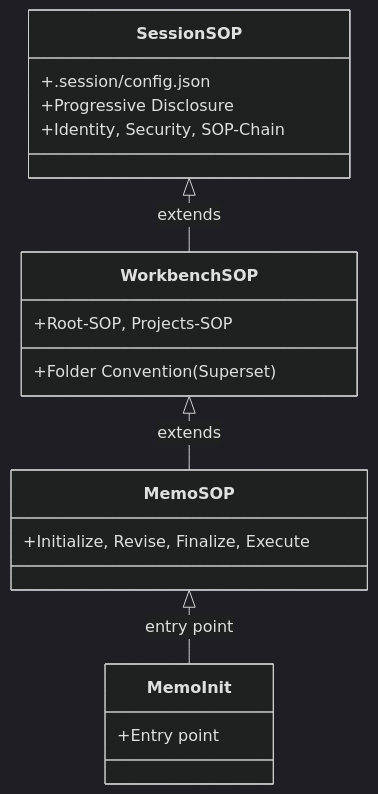
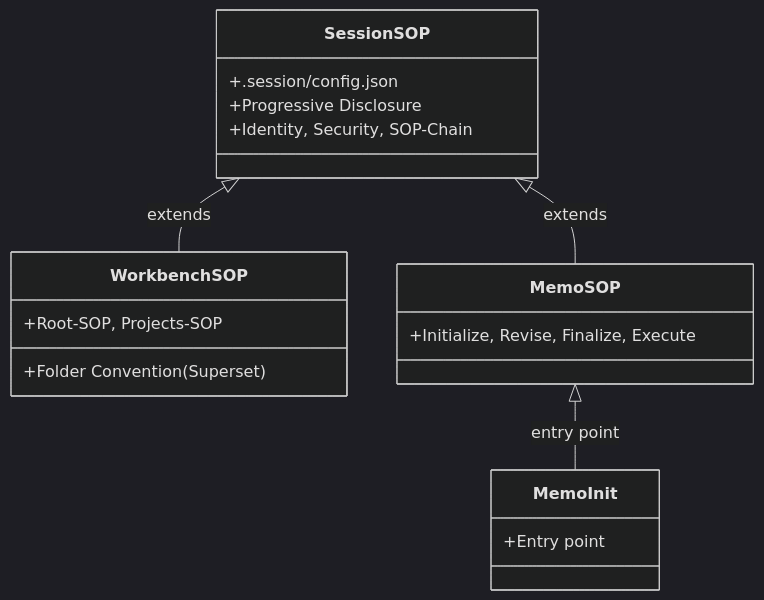
One commit to Memo-Init/spec changed the diagram in dist/session/0.1.0/spec/00-overview.md. Above: the diagram before and after it, drawn with Mermaid (dark theme). The commit also changed other lines of this file and 100 other files, not shown here.

````diff
--- a/dist/session/0.1.0/spec/00-overview.md
+++ b/dist/session/0.1.0/spec/00-overview.md
@@ -39,21 +41,21 @@
 ```mermaid
 classDiagram
     class SessionSOP {
         +.session/config.json
         +Progressive Disclosure
         +Identity, Security, SOP-Chain
     }
     class WorkbenchSOP {
         +Folder Convention (Superset)
         +Root-SOP, Projects-SOP
     }
     class MemoSOP {
         +Initialize, Revise, Finalize, Execute
     }
     class MemoInit {
         +Entry point
     }
     SessionSOP <|-- WorkbenchSOP : extends
-    WorkbenchSOP <|-- MemoSOP : extends
+    SessionSOP <|-- MemoSOP : extends
     MemoSOP <|-- MemoInit : entry point
 ```
````
